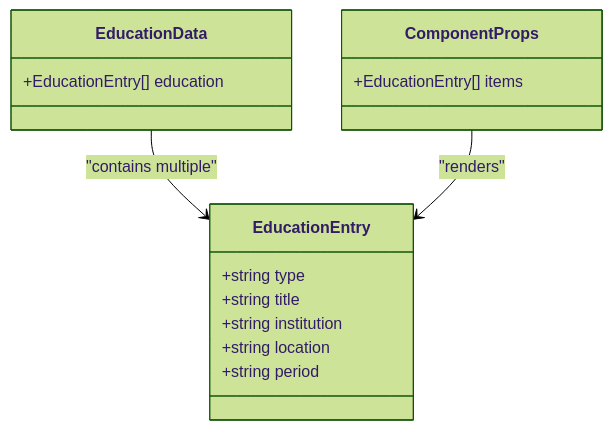
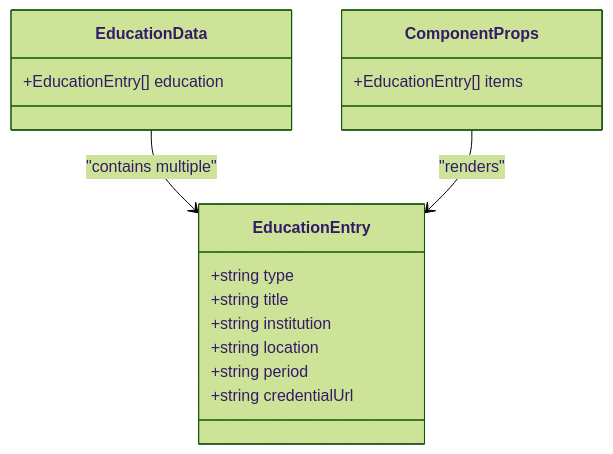
Before and after one commit to subash7781/Portfolio: the second of 10 diagrams in .qoder/repowiki/en/content/Component Library & UI Elements/EducationSection Component.md, drawn with Mermaid (forest theme). The commit also changed other lines of this file and 3 other files, not shown here.

````diff
--- a/.qoder/repowiki/en/content/Component Library & UI Elements/EducationSection Component.md
+++ b/.qoder/repowiki/en/content/Component Library & UI Elements/EducationSection Component.md
@@ -94,18 +100,19 @@
 ```mermaid
 classDiagram
 class EducationEntry {
 +string type
 +string title
 +string institution
 +string location
 +string period
++string credentialUrl
 }
 class EducationData {
 +EducationEntry[] education
 }
 class ComponentProps {
 +EducationEntry[] items
 }
 EducationData --> EducationEntry : "contains multiple"
 ComponentProps --> EducationEntry : "renders"
 ```
````
